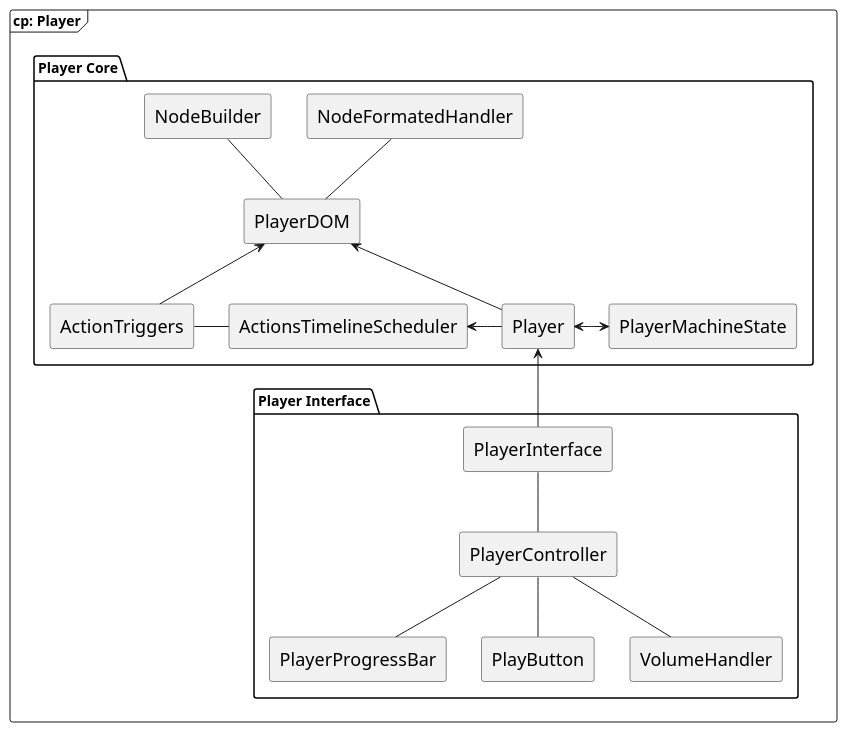
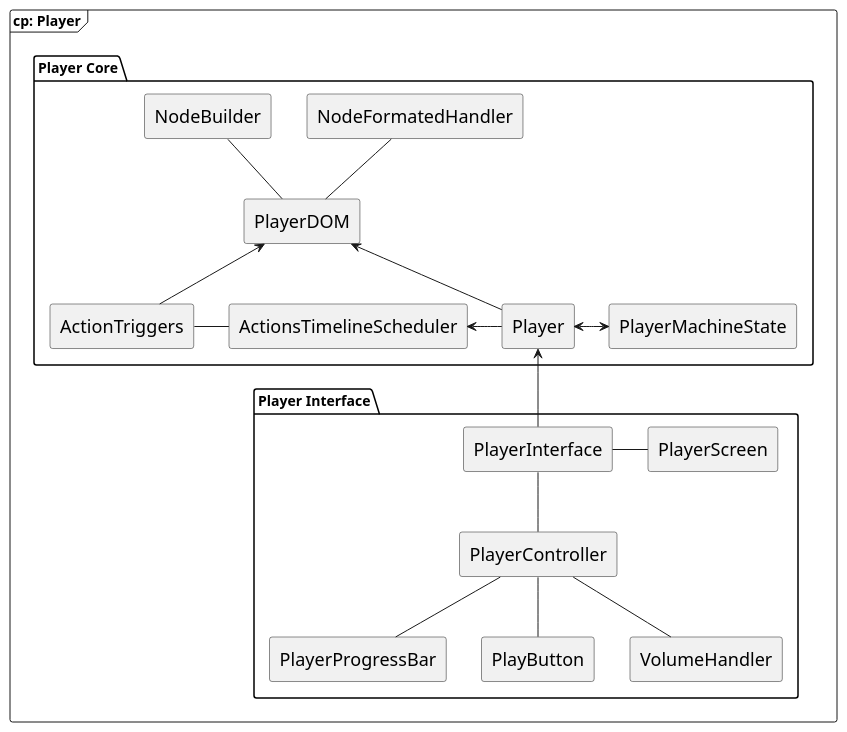
Before and after one commit to SSMM0498/arkad-conception: the diagram in models/6.Component/2.player.puml, drawn with PlantUML. The commit also changed 5 other files, not shown here.

Commit message:
add the architecture schema picture detail the 'why not a live mode' section

```diff
--- a/models/6.Component/2.player.puml
+++ b/models/6.Component/2.player.puml
@@ -1,27 +1,30 @@
 @startuml "player component diagram"
 skinparam shadowing false
 skinparam monochrome true
 skinparam componentStyle rectangle
 skinparam component {
   FontSize 18
 }
 
 frame "cp: Player" {
     package "Player Core" {
         [Player] -up-> [PlayerDOM]
         [Player] -left-> [ActionsTimelineScheduler]
         [Player] <-right-> [PlayerMachineState]
         [ActionsTimelineScheduler] -left- [ActionTriggers]
         [ActionTriggers] -up-> [PlayerDOM]
         [PlayerDOM] -up- [NodeBuilder]
         [PlayerDOM] -up- [NodeFormatedHandler]
     }
+
     package "Player Interface" {
         [PlayerInterface] -down- [PlayerController]
+        [PlayerInterface] -right- [PlayerScreen]
         [PlayerController] -down- [PlayerProgressBar]
         [PlayerController] -down- [PlayButton]
         [PlayerController] -down- [VolumeHandler]
     }
+    
     [Player] <-down- [PlayerInterface]
 }
 @enduml
```
